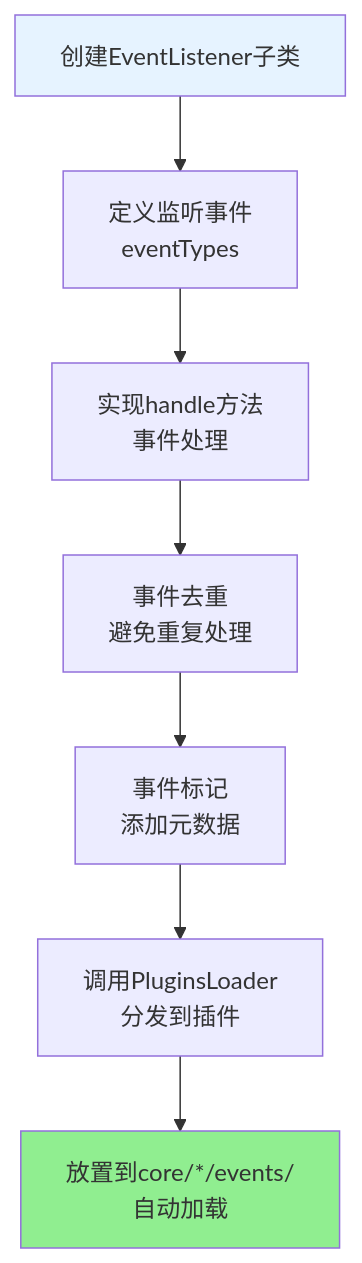
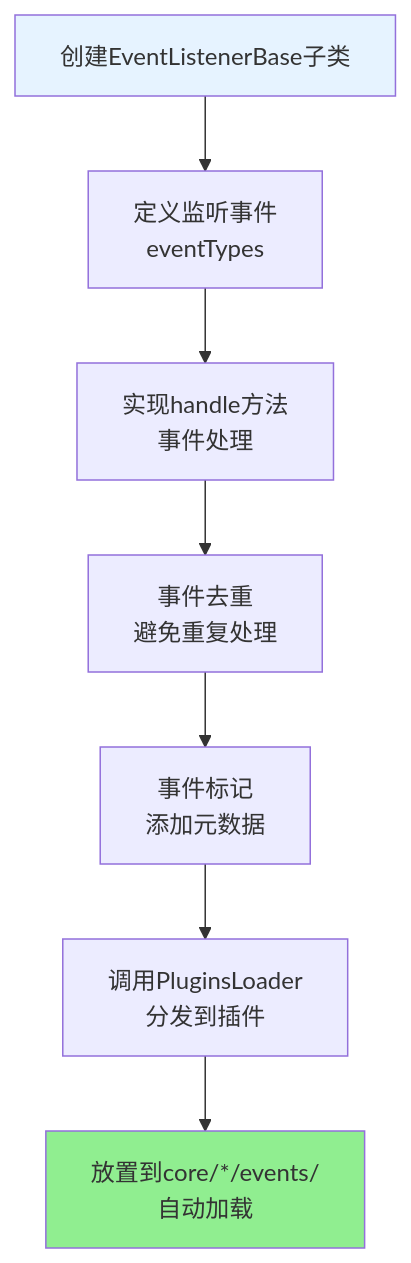
The fifth of 9 diagrams in docs/框架可扩展性指南.md (sunflowermm/XRK-AGT), drawn with Mermaid before and after one commit. The commit also changed other lines of this file and 27 other files, not shown here.

````diff
--- a/docs/框架可扩展性指南.md
+++ b/docs/框架可扩展性指南.md
@@ -515,12 +515,12 @@
 ```mermaid
 flowchart TB
-    A["创建EventListener子类"] --> B["定义监听事件<br/>eventTypes"]
+    A["创建EventListenerBase子类"] --> B["定义监听事件<br/>eventTypes"]
     B --> C["实现handle方法<br/>事件处理"]
     C --> D["事件去重<br/>避免重复处理"]
     D --> E["事件标记<br/>添加元数据"]
     E --> F["调用PluginsLoader<br/>分发到插件"]
     F --> G["放置到core/*/events/<br/>自动加载"]
     
     style A fill:#E6F3FF
     style G fill:#90EE90
 ```
````
